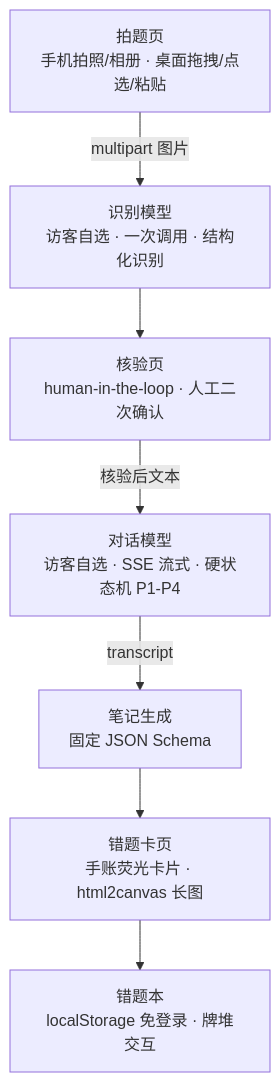
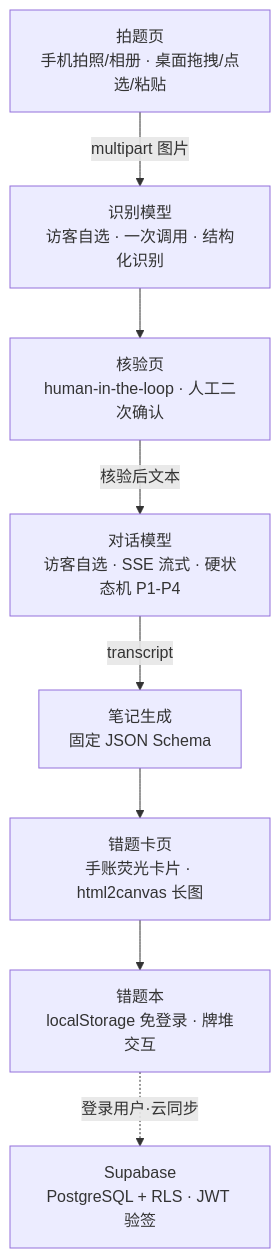
Before and after one commit to pmlpl/MistakeCoach: the diagram in README.md, drawn with Mermaid. The commit also changed other lines of this file and 1 other file, not shown here.

Commit message:
docs: 技术需求文档 v1.18 + README 同步账号登录与云同步（Supabase 架构级变化补录）

````diff
--- a/README.md
+++ b/README.md
@@ -17,9 +19,10 @@
 ```mermaid
 flowchart TD
     A[拍题页<br/>手机拍照/相册 · 桌面拖拽/点选/粘贴] -->|multipart 图片| B[识别模型<br/>访客自选 · 一次调用 · 结构化识别]
     B --> C[核验页<br/>human-in-the-loop · 人工二次确认]
     C -->|核验后文本| D[对话模型<br/>访客自选 · SSE 流式 · 硬状态机 P1-P4]
     D -->|transcript| E[笔记生成<br/>固定 JSON Schema]
     E --> F[错题卡页<br/>手账荧光卡片 · html2canvas 长图]
     F --> G[错题本<br/>localStorage 免登录 · 牌堆交互]
+    G -.登录用户·云同步.-> H[Supabase<br/>PostgreSQL + RLS · JWT 验签]
 ```
````
